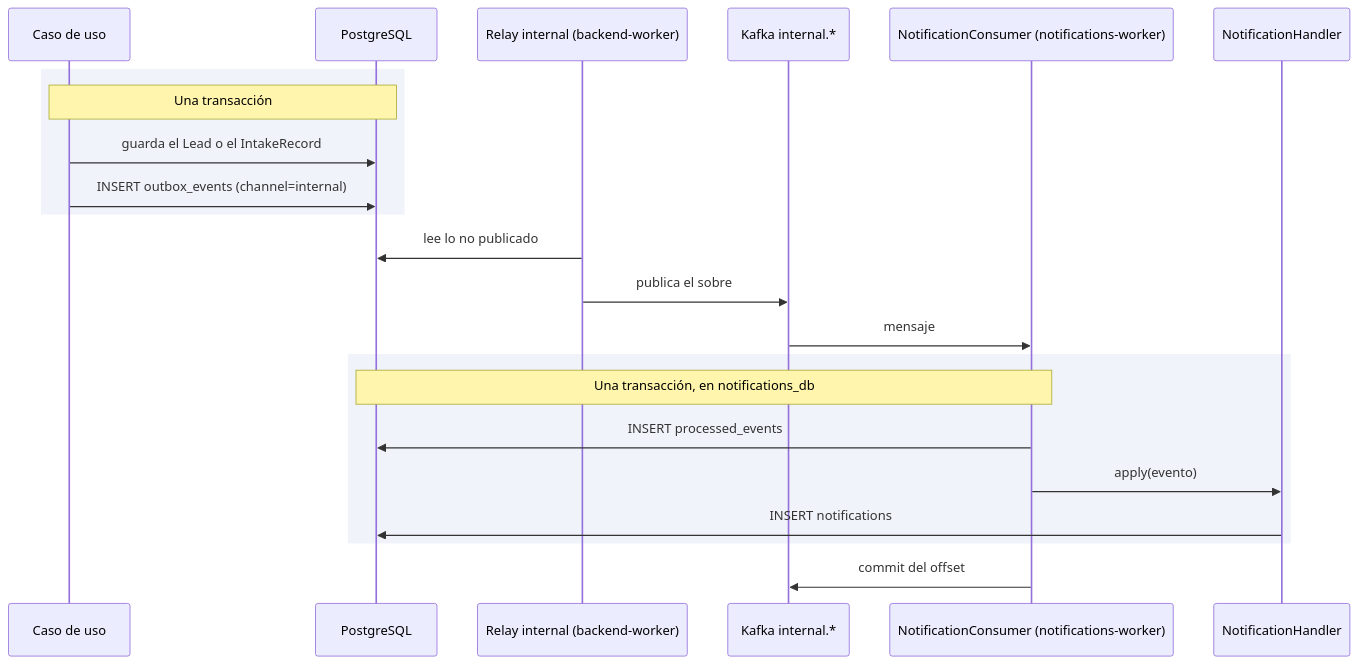
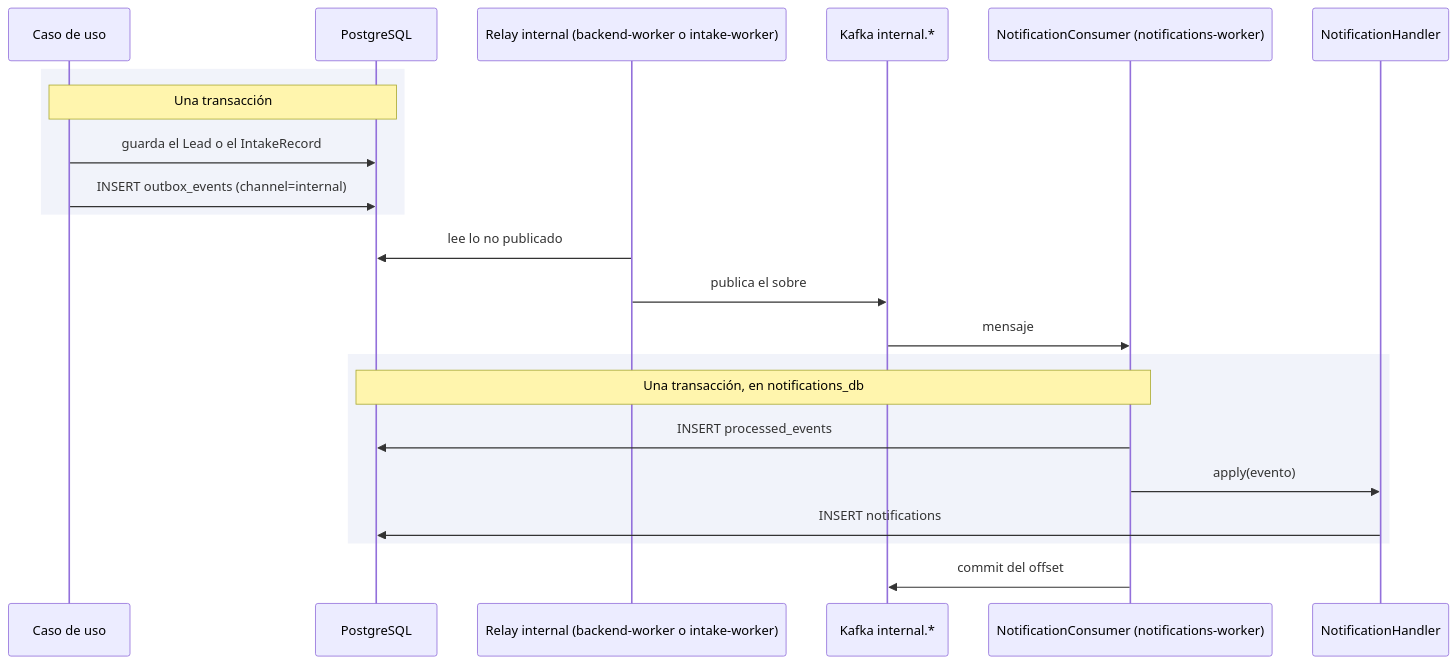
The diagram in docs/content/modulos/notificaciones.md (MDCIrony/leads-hexa), drawn with Mermaid before and after one commit. The commit also changed other lines of this file and 33 other files, not shown here.

````diff
--- a/docs/content/modulos/notificaciones.md
+++ b/docs/content/modulos/notificaciones.md
@@ -27,25 +28,25 @@
 ```mermaid
 sequenceDiagram
     participant UC as Caso de uso
     participant DB as PostgreSQL
-    participant R as Relay internal (backend-worker)
+    participant R as Relay internal (backend-worker o intake-worker)
     participant K as Kafka internal.*
     participant NC as NotificationConsumer (notifications-worker)
     participant NH as NotificationHandler
 
     rect rgba(63,81,181,0.07)
     note over UC,DB: Una transacción
     UC->>DB: guarda el Lead o el IntakeRecord
     UC->>DB: INSERT outbox_events (channel=internal)
     end
     R->>DB: lee lo no publicado
     R->>K: publica el sobre
     K->>NC: mensaje
     rect rgba(63,81,181,0.07)
     note over NC,DB: Una transacción, en notifications_db
     NC->>DB: INSERT processed_events
     NC->>NH: apply(evento)
     NH->>DB: INSERT notifications
     end
     NC->>K: commit del offset
 ```
````
